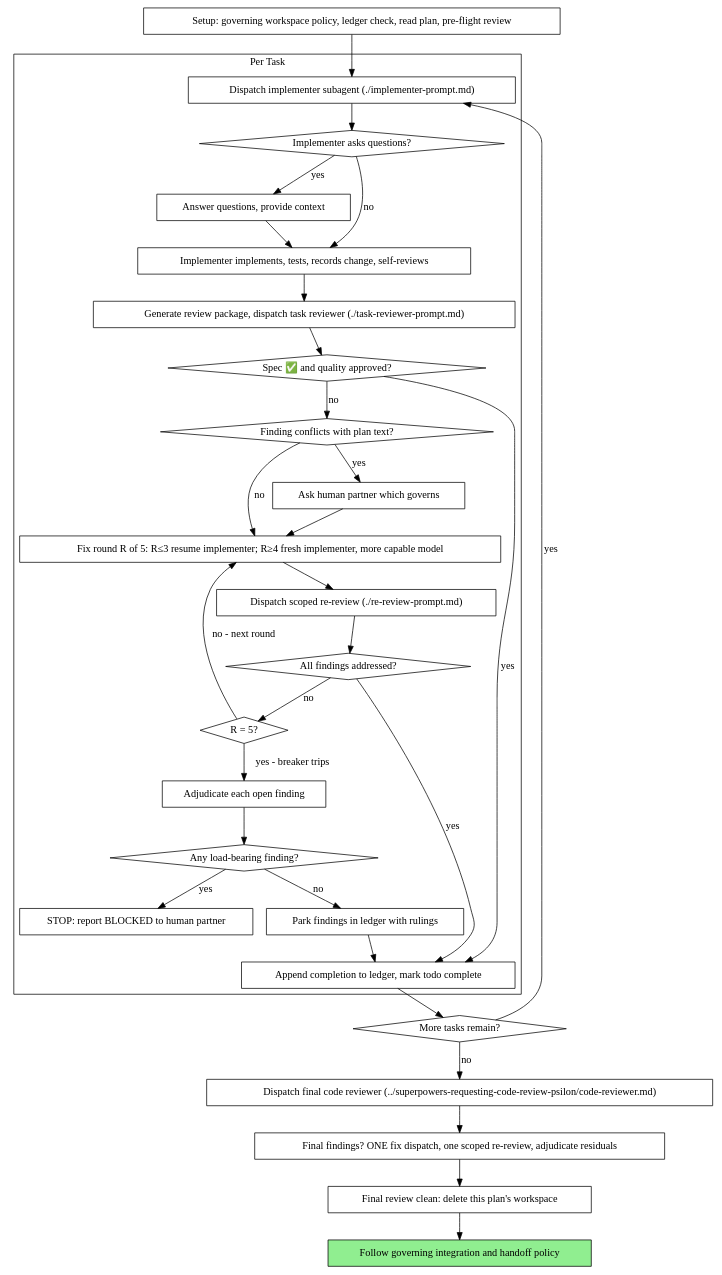
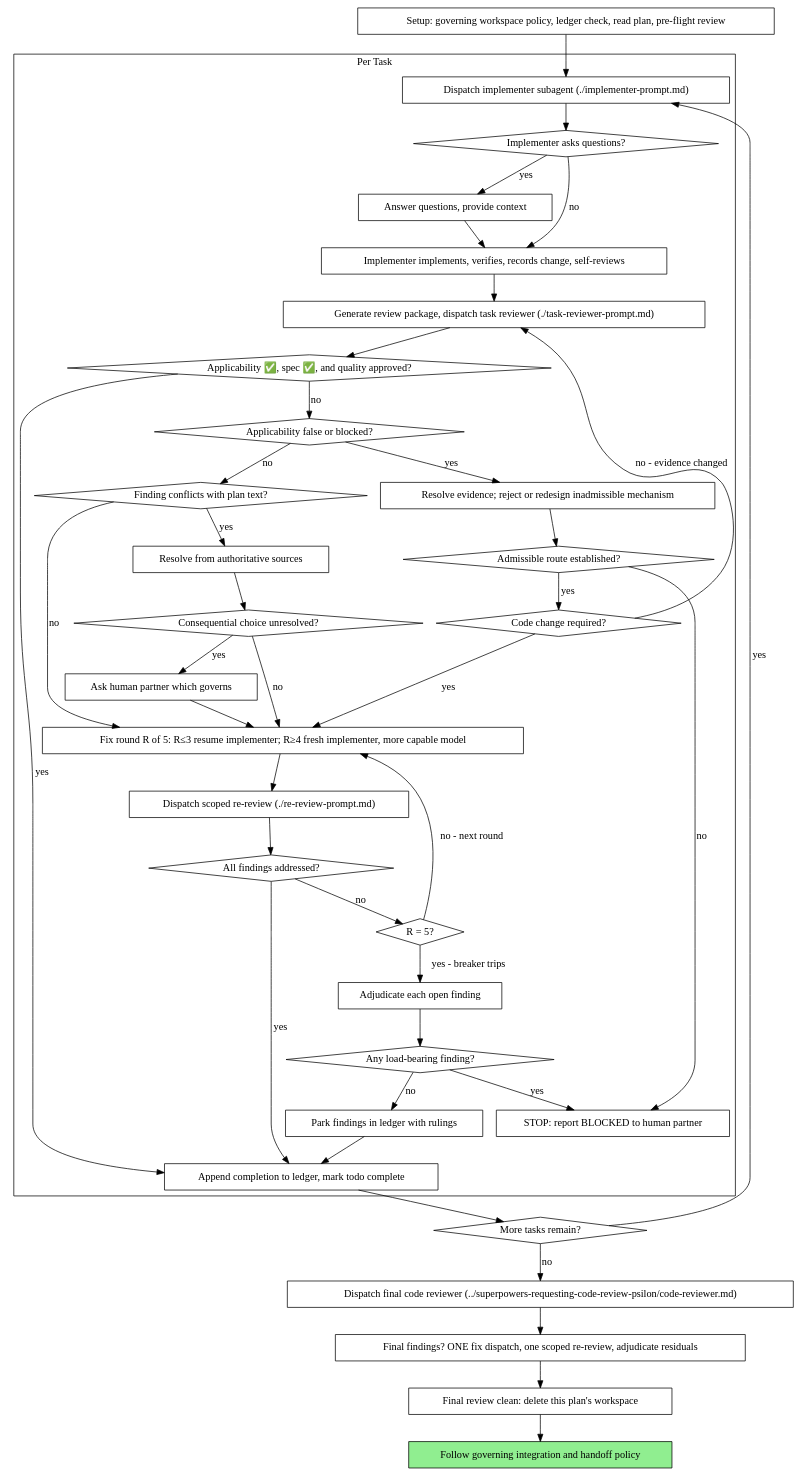
Before and after one commit to Pzixel/superpowers-psilon: the second of 2 diagrams in superpowers-subagent-driven-development-psilon/SKILL.md, drawn with Graphviz. The commit also changed other lines of this file and 31 other files, not shown here.

````diff
--- a/superpowers-subagent-driven-development-psilon/SKILL.md
+++ b/superpowers-subagent-driven-development-psilon/SKILL.md
@@ -53,62 +55,78 @@
 ```dot
 digraph process {
     rankdir=TB;
 
     subgraph cluster_per_task {
         label="Per Task";
         "Dispatch implementer subagent (./implementer-prompt.md)" [shape=box];
         "Implementer asks questions?" [shape=diamond];
         "Answer questions, provide context" [shape=box];
-        "Implementer implements, tests, records change, self-reviews" [shape=box];
+        "Implementer implements, verifies, records change, self-reviews" [shape=box];
         "Generate review package, dispatch task reviewer (./task-reviewer-prompt.md)" [shape=box];
-        "Spec ✅ and quality approved?" [shape=diamond];
+        "Applicability ✅, spec ✅, and quality approved?" [shape=diamond];
+        "Applicability false or blocked?" [shape=diamond];
+        "Resolve evidence; reject or redesign inadmissible mechanism" [shape=box];
+        "Admissible route established?" [shape=diamond];
+        "Code change required?" [shape=diamond];
         "Finding conflicts with plan text?" [shape=diamond];
+        "Resolve from authoritative sources" [shape=box];
+        "Consequential choice unresolved?" [shape=diamond];
         "Ask human partner which governs" [shape=box];
         "Fix round R of 5: R≤3 resume implementer; R≥4 fresh implementer, more capable model" [shape=box];
         "Dispatch scoped re-review (./re-review-prompt.md)" [shape=box];
         "All findings addressed?" [shape=diamond];
         "R = 5?" [shape=diamond];
         "Adjudicate each open finding" [shape=box];
         "Any load-bearing finding?" [shape=diamond];
         "STOP: report BLOCKED to human partner" [shape=box];
         "Park findings in ledger with rulings" [shape=box];
         "Append completion to ledger, mark todo complete" [shape=box];
     }
 
     "Setup: governing workspace policy, ledger check, read plan, pre-flight review" [shape=box];
     "More tasks remain?" [shape=diamond];
     "Dispatch final code reviewer (../superpowers-requesting-code-review-psilon/code-reviewer.md)" [shape=box];
     "Final findings? ONE fix dispatch, one scoped re-review, adjudicate residuals" [shape=box];
     "Final review clean: delete this plan's workspace" [shape=box];
     "Follow governing integration and handoff policy" [shape=box style=filled fillcolor=lightgreen];
 
     "Setup: governing workspace policy, ledger check, read plan, pre-flight review" -> "Dispatch implementer subagent (./implementer-prompt.md)";
     "Dispatch implementer subagent (./implementer-prompt.md)" -> "Implementer asks questions?";
     "Implementer asks questions?" -> "Answer questions, provide context" [label="yes"];
-    "Answer questions, provide context" -> "Implementer implements, tests, records change, self-reviews";
-    "Implementer asks questions?" -> "Implementer implements, tests, records change, self-reviews" [label="no"];
-    "Implementer implements, tests, records change, self-reviews" -> "Generate review package, dispatch task reviewer (./task-reviewer-prompt.md)";
-    "Generate review package, dispatch task reviewer (./task-reviewer-prompt.md)" -> "Spec ✅ and quality approved?";
-    "Spec ✅ and quality approved?" -> "Append completion to ledger, mark todo complete" [label="yes"];
-    "Spec ✅ and quality approved?" -> "Finding conflicts with plan text?" [label="no"];
-    "Finding conflicts with plan text?" -> "Ask human partner which governs" [label="yes"];
+    "Answer questions, provide context" -> "Implementer implements, verifies, records change, self-reviews";
+    "Implementer asks questions?" -> "Implementer implements, verifies, records change, self-reviews" [label="no"];
+    "Implementer implements, verifies, records change, self-reviews" -> "Generate review package, dispatch task reviewer (./task-reviewer-prompt.md)";
+    "Generate review package, dispatch task reviewer (./task-reviewer-prompt.md)" -> "Applicability ✅, spec ✅, and quality approved?";
+    "Applicability ✅, spec ✅, and quality approved?" -> "Append completion to ledger, mark todo complete" [label="yes"];
+    "Applicability ✅, spec ✅, and quality approved?" -> "Applicability false or blocked?" [label="no"];
+    "Applicability false or blocked?" -> "Resolve evidence; reject or redesign inadmissible mechanism" [label="yes"];
+    "Resolve evidence; reject or redesign inadmissible mechanism" -> "Admissible route established?";
+    "Admissible route established?" -> "Code change required?" [label="yes"];
+    "Code change required?" -> "Fix round R of 5: R≤3 resume implementer; R≥4 fresh implementer, more capable model" [label="yes"];
+    "Code change required?" -> "Generate review package, dispatch task reviewer (./task-reviewer-prompt.md)" [label="no - evidence changed"];
+    "Admissible route established?" -> "STOP: report BLOCKED to human partner" [label="no"];
+    "Applicability false or blocked?" -> "Finding conflicts with plan text?" [label="no"];
+    "Finding conflicts with plan text?" -> "Resolve from authoritative sources" [label="yes"];
+    "Resolve from authoritative sources" -> "Consequential choice unresolved?";
+    "Consequential choice unresolved?" -> "Ask human partner which governs" [label="yes"];
+    "Consequential choice unresolved?" -> "Fix round R of 5: R≤3 resume implementer; R≥4 fresh implementer, more capable model" [label="no"];
     "Ask human partner which governs" -> "Fix round R of 5: R≤3 resume implementer; R≥4 fresh implementer, more capable model";
     "Finding conflicts with plan text?" -> "Fix round R of 5: R≤3 resume implementer; R≥4 fresh implementer, more capable model" [label="no"];
     "Fix round R of 5: R≤3 resume implementer; R≥4 fresh implementer, more capable model" -> "Dispatch scoped re-review (./re-review-prompt.md)";
     "Dispatch scoped re-review (./re-review-prompt.md)" -> "All findings addressed?";
     "All findings addressed?" -> "Append completion to ledger, mark todo complete" [label="yes"];
     "All findings addressed?" -> "R = 5?" [label="no"];
     "R = 5?" -> "Fix round R of 5: R≤3 resume implementer; R≥4 fresh implementer, more capable model" [label="no - next round"];
     "R = 5?" -> "Adjudicate each open finding" [label="yes - breaker trips"];
     "Adjudicate each open finding" -> "Any load-bearing finding?";
     "Any load-bearing finding?" -> "STOP: report BLOCKED to human partner" [label="yes"];
     "Any load-bearing finding?" -> "Park findings in ledger with rulings" [label="no"];
     "Park findings in ledger with rulings" -> "Append completion to ledger, mark todo complete";
     "Append completion to ledger, mark todo complete" -> "More tasks remain?";
     "More tasks remain?" -> "Dispatch implementer subagent (./implementer-prompt.md)" [label="yes"];
     "More tasks remain?" -> "Dispatch final code reviewer (../superpowers-requesting-code-review-psilon/code-reviewer.md)" [label="no"];
     "Dispatch final code reviewer (../superpowers-requesting-code-review-psilon/code-reviewer.md)" -> "Final findings? ONE fix dispatch, one scoped re-review, adjudicate residuals";
     "Final findings? ONE fix dispatch, one scoped re-review, adjudicate residuals" -> "Final review clean: delete this plan's workspace";
     "Final review clean: delete this plan's workspace" -> "Follow governing integration and handoff policy";
 }
 ```
````
